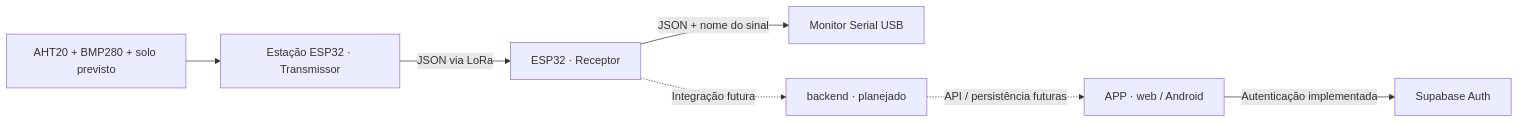
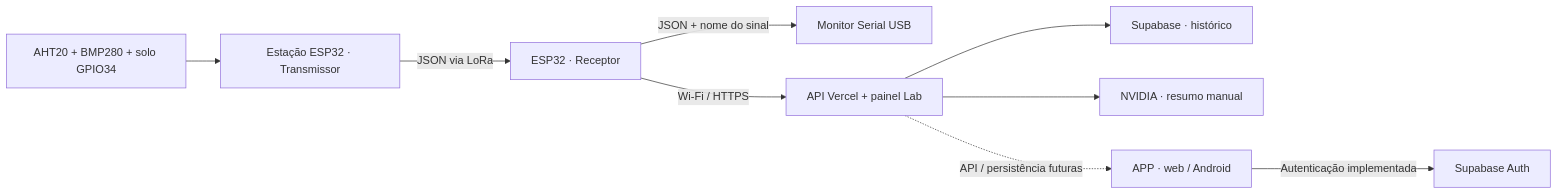
The diagram in README.md (Vitorhrm/Agrosense), drawn with Mermaid before and after one commit. The commit also changed other lines of this file and 28 other files, not shown here.

Commit message:
Integra receptor Wi-Fi, telemetria Supabase e painel com IA NVIDIA

````diff
--- a/README.md
+++ b/README.md
@@ -45,9 +45,11 @@
 ```mermaid
 flowchart LR
-    Sensors["AHT20 + BMP280 + solo previsto"] --> Station["Estação ESP32 · Transmissor"]
+    Sensors["AHT20 + BMP280 + solo GPIO34"] --> Station["Estação ESP32 · Transmissor"]
     Station -->|"JSON via LoRa"| Receiver["ESP32 · Receptor"]
     Receiver -->|"JSON + nome do sinal"| Serial["Monitor Serial USB"]
-    Receiver -. "Integração futura" .-> Backend["backend · planejado"]
+    Receiver -->|"Wi-Fi / HTTPS"| Backend["API Vercel + painel Lab"]
+    Backend --> Database["Supabase · histórico"]
+    Backend --> Nvidia["NVIDIA · resumo manual"]
     Backend -. "API / persistência futuras" .-> App["APP · web / Android"]
     App -->|"Autenticação implementada"| Supabase["Supabase Auth"]
 ```
````
